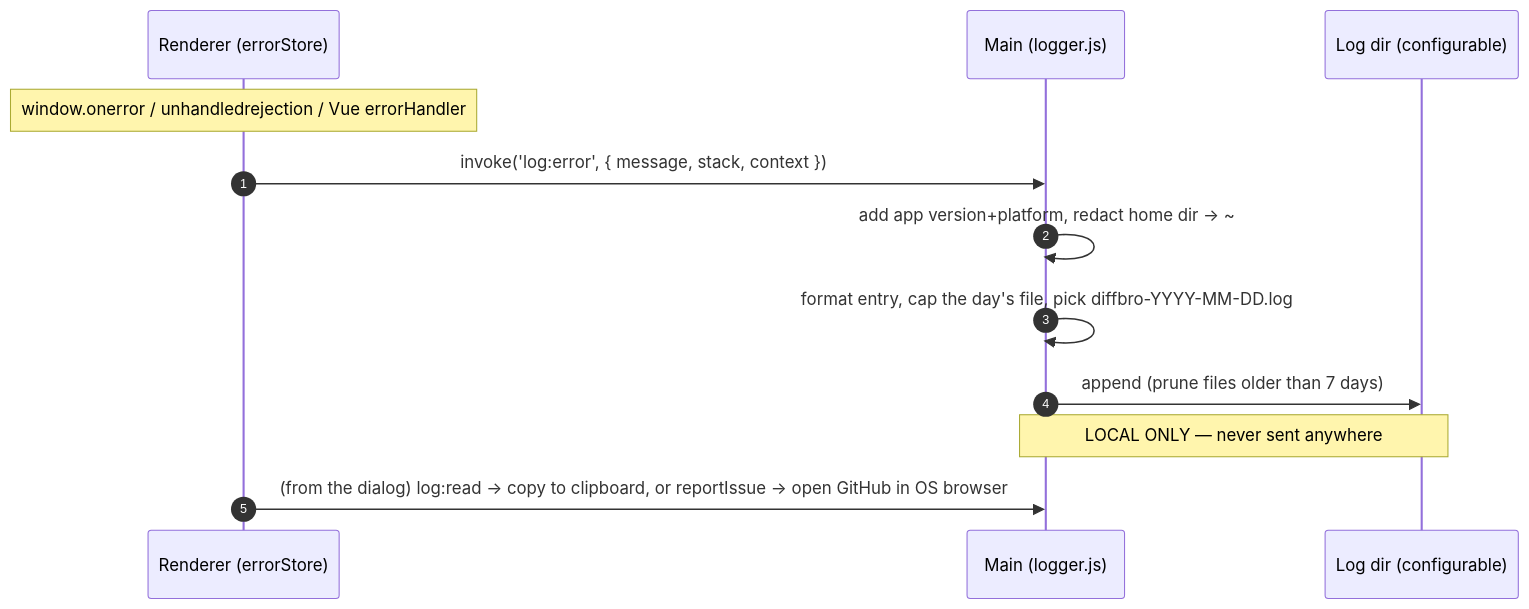
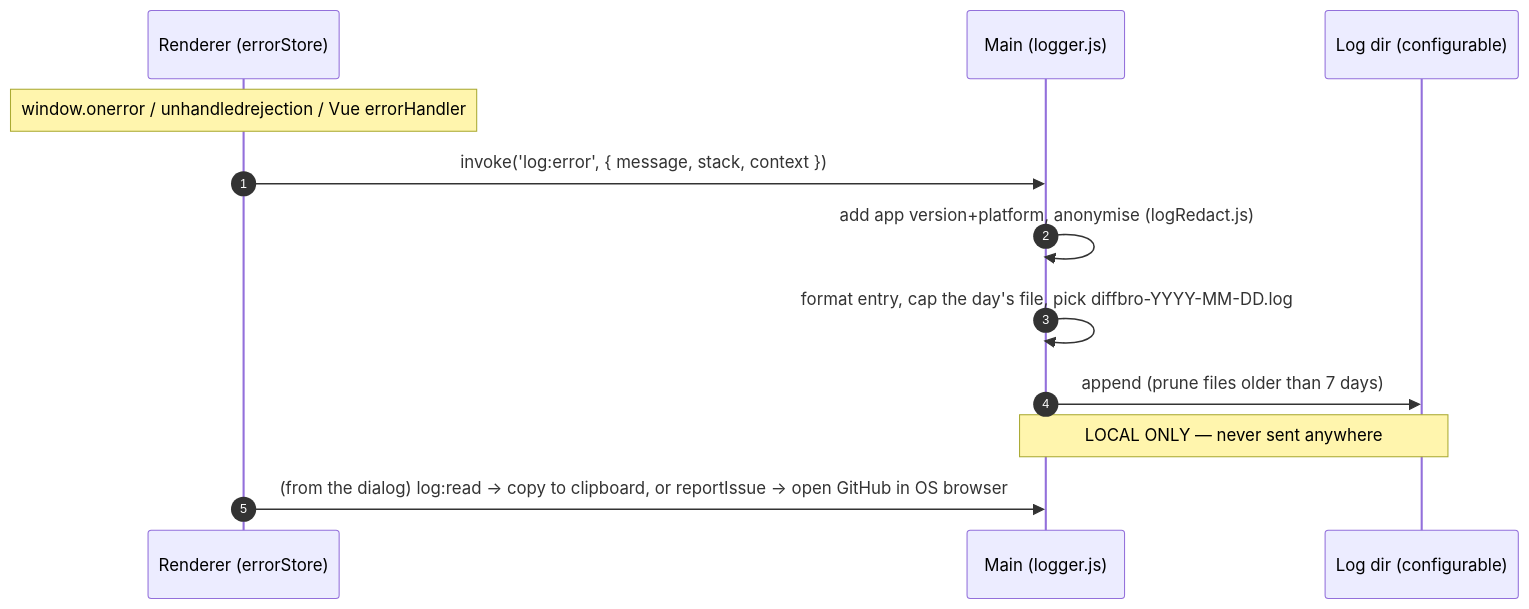
The fourth of 4 diagrams in docs/ipc-security.md (mindaugaskasp/diff-bro), drawn with Mermaid before and after one commit. The commit also changed other lines of this file and 255 other files, not shown here.

````diff
--- a/docs/ipc-security.md
+++ b/docs/ipc-security.md
@@ -144,15 +146,15 @@
 ```mermaid
 sequenceDiagram
   autonumber
   participant R as Renderer (errorStore)
   participant M as Main (logger.js)
   participant D as Log dir (configurable)
 
   Note over R: window.onerror / unhandledrejection / Vue errorHandler
   R->>M: invoke('log:error', { message, stack, context })
-  M->>M: add app version+platform, redact home dir → ~
+  M->>M: add app version+platform, anonymise (logRedact.js)
   M->>M: format entry, cap the day's file, pick diffbro-YYYY-MM-DD.log
   M->>D: append (prune files older than 7 days)
   Note over M,D: LOCAL ONLY — never sent anywhere
   R->>M: (from the dialog) log:read → copy to clipboard, or reportIssue → open GitHub in OS browser
 ```
````
